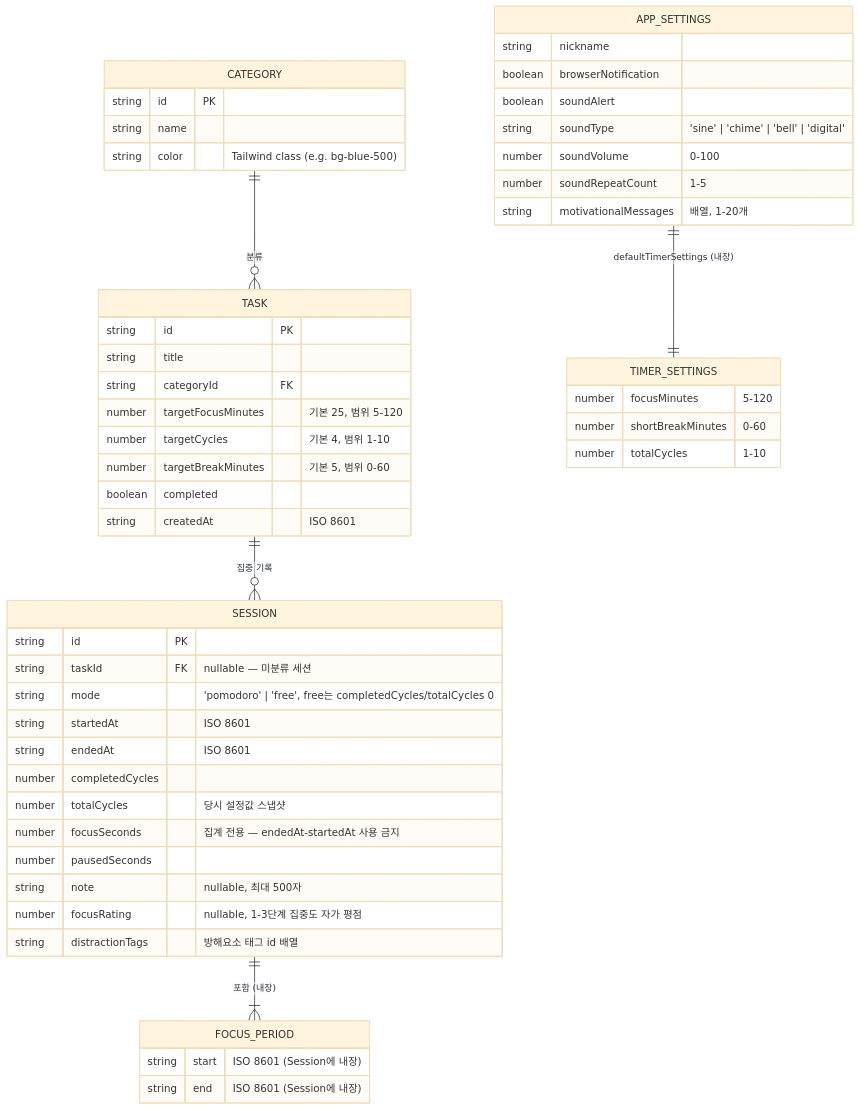
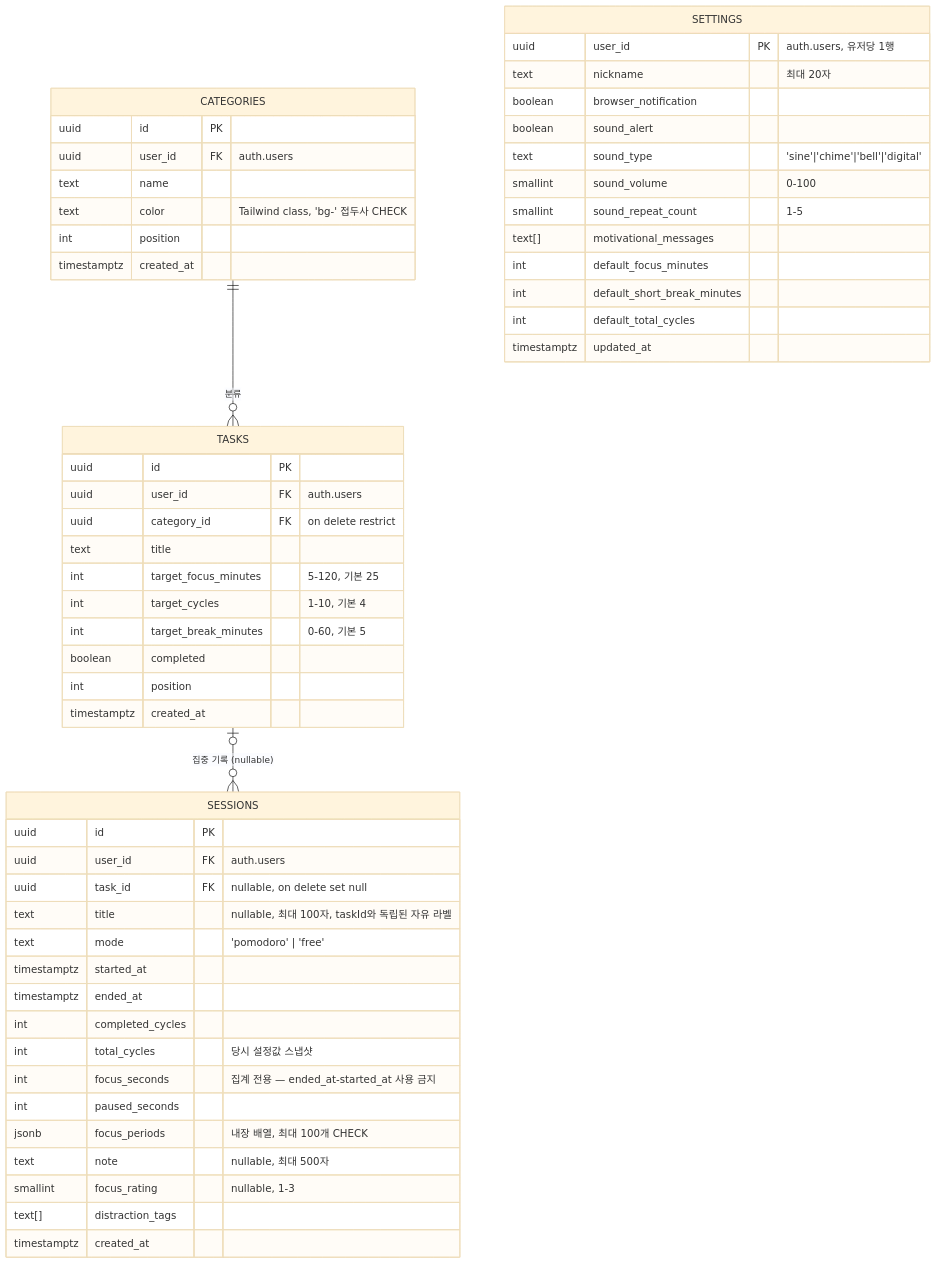
Before and after one commit to aaaz425/pomodash: the diagram in docs/specs/ERD.md, drawn with Mermaid (base theme). The commit also changed other lines of this file and 5 other files, not shown here.

````diff
--- a/docs/specs/ERD.md
+++ b/docs/specs/ERD.md
@@ -16,60 +9,61 @@
 ```mermaid
 erDiagram
-    CATEGORY {
-        string id PK
-        string name
-        string color "Tailwind class (e.g. bg-blue-500)"
+    CATEGORIES {
+        uuid id PK
+        uuid user_id FK "auth.users"
+        text name
+        text color "Tailwind class, 'bg-' 접두사 CHECK"
+        int position
+        timestamptz created_at
     }
 
-    TASK {
-        string id PK
-        string title
-        string categoryId FK
-        number targetFocusMinutes "기본 25, 범위 5-120"
-        number targetCycles "기본 4, 범위 1-10"
-        number targetBreakMinutes "기본 5, 범위 0-60"
+    TASKS {
+        uuid id PK
+        uuid user_id FK "auth.users"
+        uuid category_id FK "on delete restrict"
+        text title
+        int target_focus_minutes "5-120, 기본 25"
+        int target_cycles "1-10, 기본 4"
+        int target_break_minutes "0-60, 기본 5"
         boolean completed
-        string createdAt "ISO 8601"
+        int position
+        timestamptz created_at
     }
 
-    SESSION {
-        string id PK
-        string taskId FK "nullable — 미분류 세션"
-        string mode "'pomodoro' | 'free', free는 completedCycles/totalCycles 0"
-        string startedAt "ISO 8601"
-        string endedAt "ISO 8601"
-        number completedCycles
-        number totalCycles "당시 설정값 스냅샷"
-        number focusSeconds "집계 전용 — endedAt-startedAt 사용 금지"
-        number pausedSeconds
-        string note "nullable, 최대 500자"
-        number focusRating "nullable, 1-3단계 집중도 자가 평점"
-        string distractionTags "방해요소 태그 id 배열"
+    SESSIONS {
+        uuid id PK
+        uuid user_id FK "auth.users"
+        uuid task_id FK "nullable, on delete set null"
+        text title "nullable, 최대 100자, taskId와 독립된 자유 라벨"
+        text mode "'pomodoro' | 'free'"
+        timestamptz started_at
+        timestamptz ended_at
+        int completed_cycles
+        int total_cycles "당시 설정값 스냅샷"
+        int focus_seconds "집계 전용 — ended_at-started_at 사용 금지"
+        int paused_seconds
+        jsonb focus_periods "내장 배열, 최대 100개 CHECK"
+        text note "nullable, 최대 500자"
+        smallint focus_rating "nullable, 1-3"
+        text[] distraction_tags
+        timestamptz created_at
     }
 
-    FOCUS_PERIOD {
-        string start "ISO 8601 (Session에 내장)"
-        string end "ISO 8601 (Session에 내장)"
+    SETTINGS {
+        uuid user_id PK "auth.users, 유저당 1행"
+        text nickname "최대 20자"
+        boolean browser_notification
+        boolean sound_alert
+        text sound_type "'sine'|'chime'|'bell'|'digital'"
+        smallint sound_volume "0-100"
+        smallint sound_repeat_count "1-5"
+        text[] motivational_messages
+        int default_focus_minutes
+        int default_short_break_minutes
+        int default_total_cycles
+        timestamptz updated_at
     }
 
-    TIMER_SETTINGS {
-        number focusMinutes "5-120"
-        number shortBreakMinutes "0-60"
-        number totalCycles "1-10"
-    }
-
-    APP_SETTINGS {
-        string nickname
-        boolean browserNotification
-        boolean soundAlert
-        string soundType "'sine' | 'chime' | 'bell' | 'digital'"
-        number soundVolume "0-100"
-        number soundRepeatCount "1-5"
-        string motivationalMessages "배열, 1-20개"
-    }
-
-    CATEGORY ||--o{ TASK : "분류"
-    TASK ||--o{ SESSION : "집중 기록"
-    SESSION ||--|{ FOCUS_PERIOD : "포함 (내장)"
-    APP_SETTINGS ||--|| TIMER_SETTINGS : "defaultTimerSettings (내장)"
+    CATEGORIES ||--o{ TASKS : "분류"
+    TASKS |o--o{ SESSIONS : "집중 기록 (nullable)"
 ```
````
